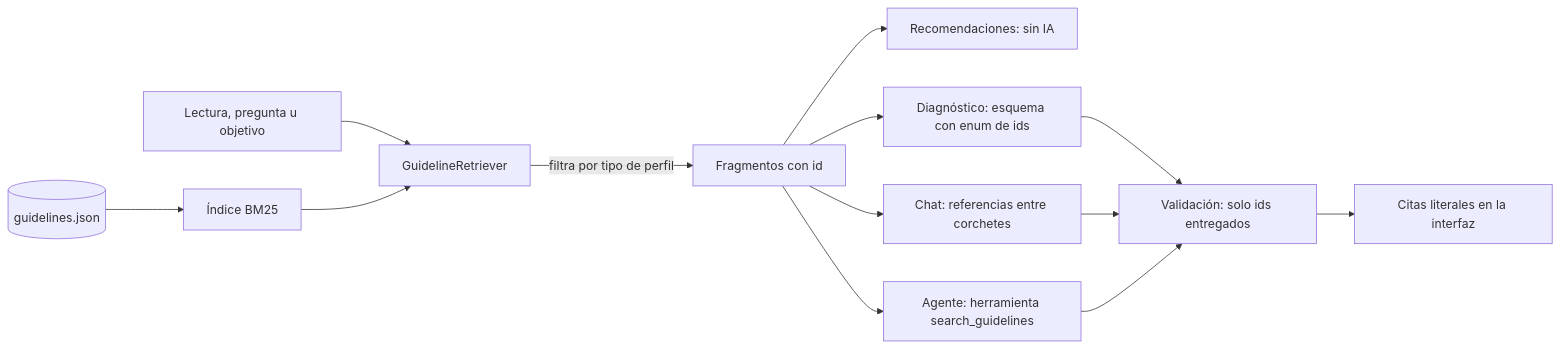
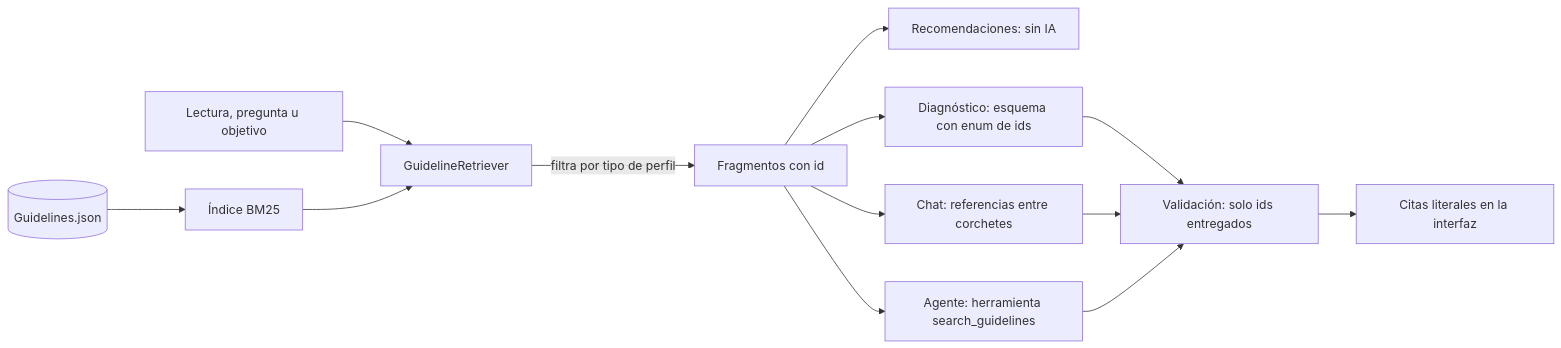
One commit to WillC372/BackendPatSft changed the diagram in docs/Rag.md. Above: the diagram before and after it, drawn with Mermaid. The commit also changed other lines of this file and 9 other files, not shown here.

````diff
--- a/docs/Rag.md
+++ b/docs/Rag.md
@@ -29,12 +29,12 @@
 ```mermaid
 flowchart LR
     Q[Lectura, pregunta u objetivo] --> R[GuidelineRetriever]
-    KB[(guidelines.json)] --> I[Índice BM25] --> R
+    KB[(Guidelines.json)] --> I[Índice BM25] --> R
     R -->|filtra por tipo de perfil| F[Fragmentos con id]
     F --> REC[Recomendaciones: sin IA]
     F --> DX[Diagnóstico: esquema con enum de ids]
     F --> CH[Chat: referencias entre corchetes]
     F --> AG[Agente: herramienta search_guidelines]
     DX & CH & AG --> V[Validación: solo ids entregados]
     V --> UI[Citas literales en la interfaz]
 ```
````
